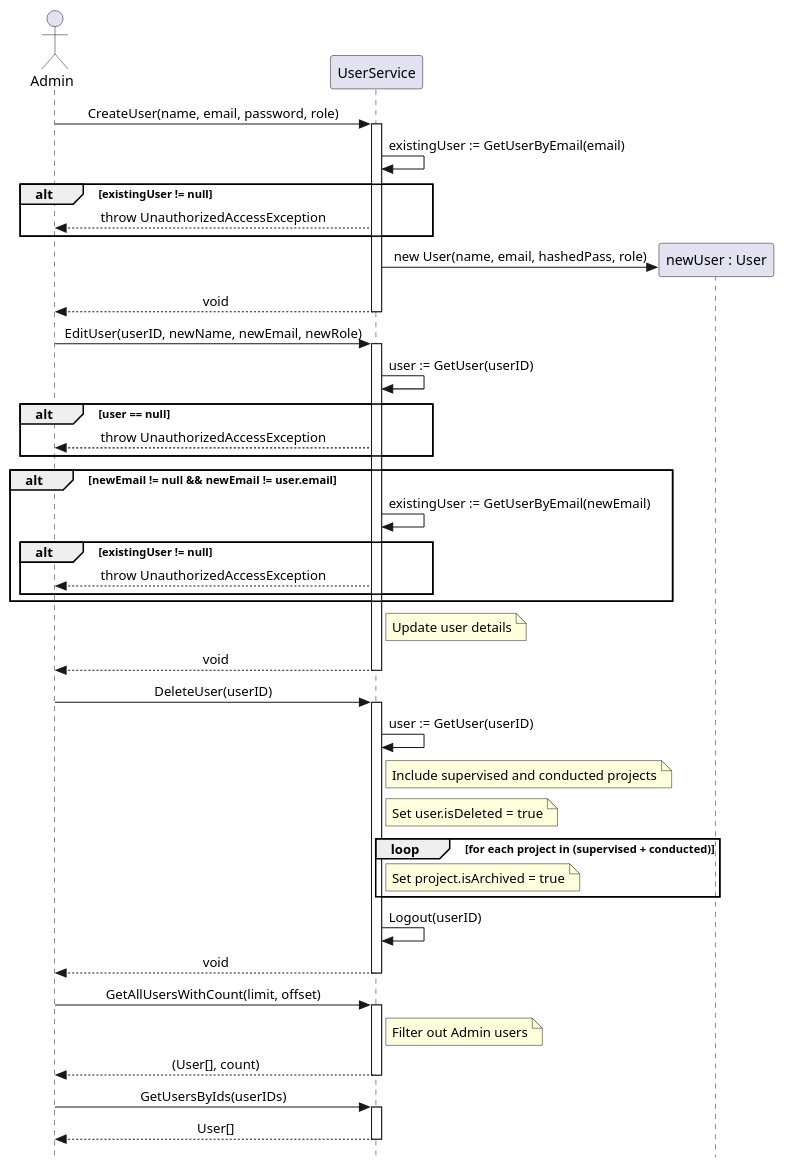
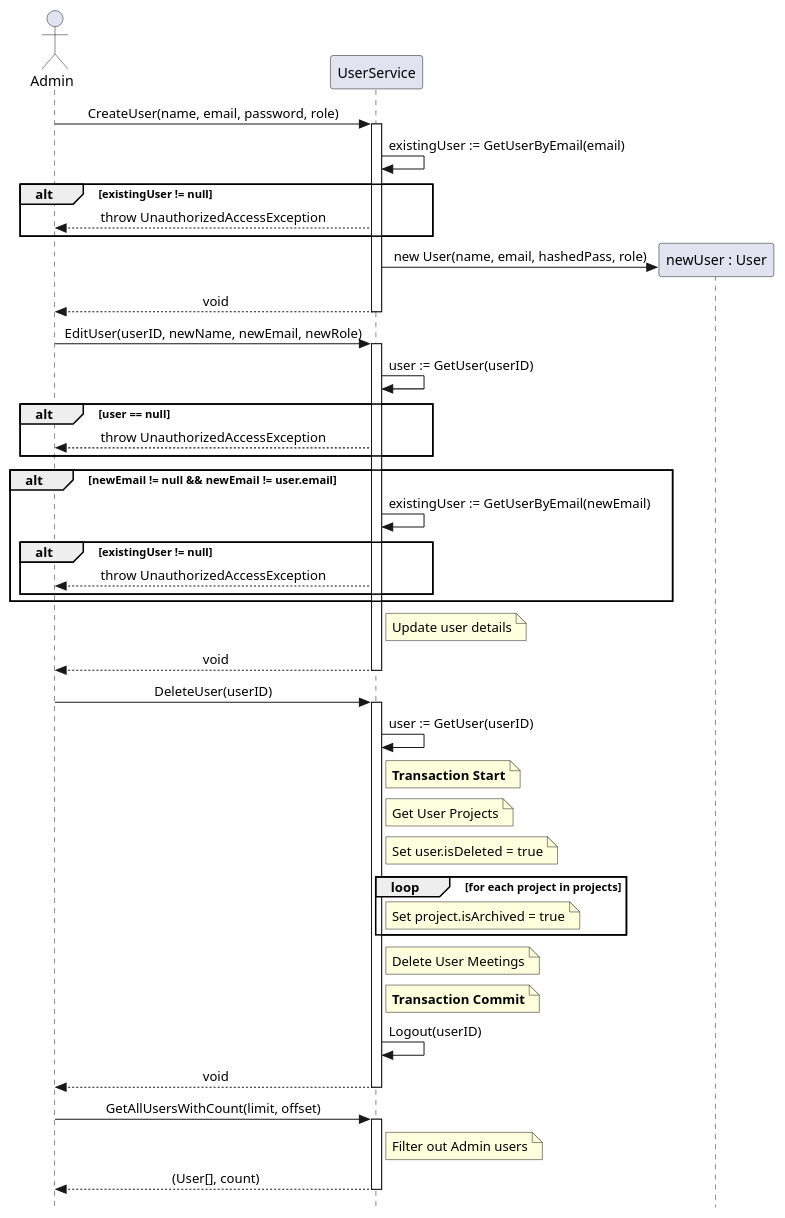
One commit to Beginner50/Dissertation changed the diagram in UML/Sequence Diagrams/User Management.plantuml. Above: the diagram before and after it, drawn with PlantUML. The commit also changed 269 other files, not shown here.

```diff
--- a/UML/Sequence Diagrams/User Management.plantuml
+++ b/UML/Sequence Diagrams/User Management.plantuml
@@ -1,60 +1,64 @@
 @startuml
 skinparam Style strictuml
 skinparam SequenceMessageAlignment center
 
 actor Admin
 participant "UserService" as US
 
 Admin -> US : CreateUser(name, email, password, role)
 activate US
     US -> US : existingUser := GetUserByEmail(email)
     alt existingUser != null
         US --> Admin : throw UnauthorizedAccessException
     end
         create participant "newUser : User" as UN
         US -> UN : new User(name, email, hashedPass, role)
         US --> Admin : void
 deactivate US
 
 Admin -> US : EditUser(userID, newName, newEmail, newRole)
 activate US
     US -> US : user := GetUser(userID)
     alt user == null
         US --> Admin : throw UnauthorizedAccessException
     end
     alt newEmail != null && newEmail != user.email
         US -> US : existingUser := GetUserByEmail(newEmail)
         alt existingUser != null
                 US --> Admin : throw UnauthorizedAccessException
         end
     end
     note right of US : Update user details
     US --> Admin : void
 deactivate US
 
 Admin -> US : DeleteUser(userID)
 activate US
     US -> US : user := GetUser(userID)
     note right of US
-        Include supervised and conducted projects
+        **Transaction Start**
+    end note
+    note right of US
+        Get User Projects
     end note
     note right of US : Set user.isDeleted = true
-    loop for each project in (supervised + conducted)
+    loop for each project in projects 
         note right of US : Set project.isArchived = true
     end
+    note right of US
+        Delete User Meetings
+    end note
+    note right of US
+        **Transaction Commit**
+    end note
     US -> US : Logout(userID)
     US --> Admin : void
 deactivate US
 
 Admin -> US : GetAllUsersWithCount(limit, offset)
 activate US
     note right of US: Filter out Admin users
     US --> Admin : (User[], count)
 deactivate US
 
-Admin -> US : GetUsersByIds(userIDs)
-activate US
-    US --> Admin : User[]
-deactivate US
-
 @enduml
```
